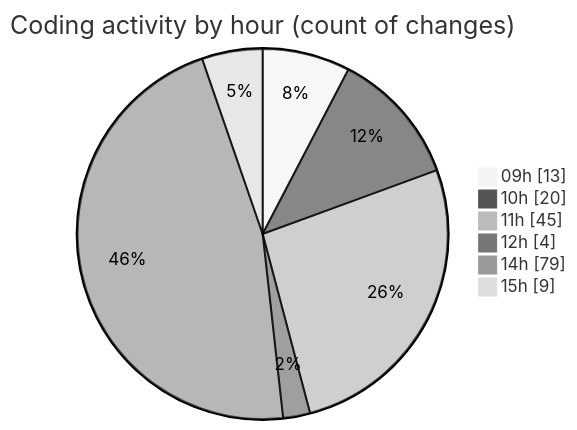
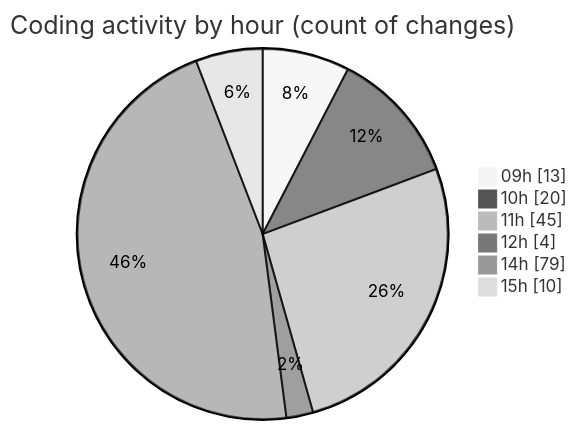
Before and after one commit to momahboobian/code-tracking: the second of 2 diagrams in 2026-04-29/cda/README.md, drawn with Mermaid (neutral theme). The commit also changed other lines of this file and 1 other file, not shown here.

````diff
--- a/2026-04-29/cda/README.md
+++ b/2026-04-29/cda/README.md
@@ -65,10 +65,10 @@
 ```mermaid
 pie showData
 title Coding activity by hour (count of changes)
 "09h" : 13
 "10h" : 20
 "11h" : 45
 "12h" : 4
 "14h" : 79
-"15h" : 9
+"15h" : 10
 ```
````
